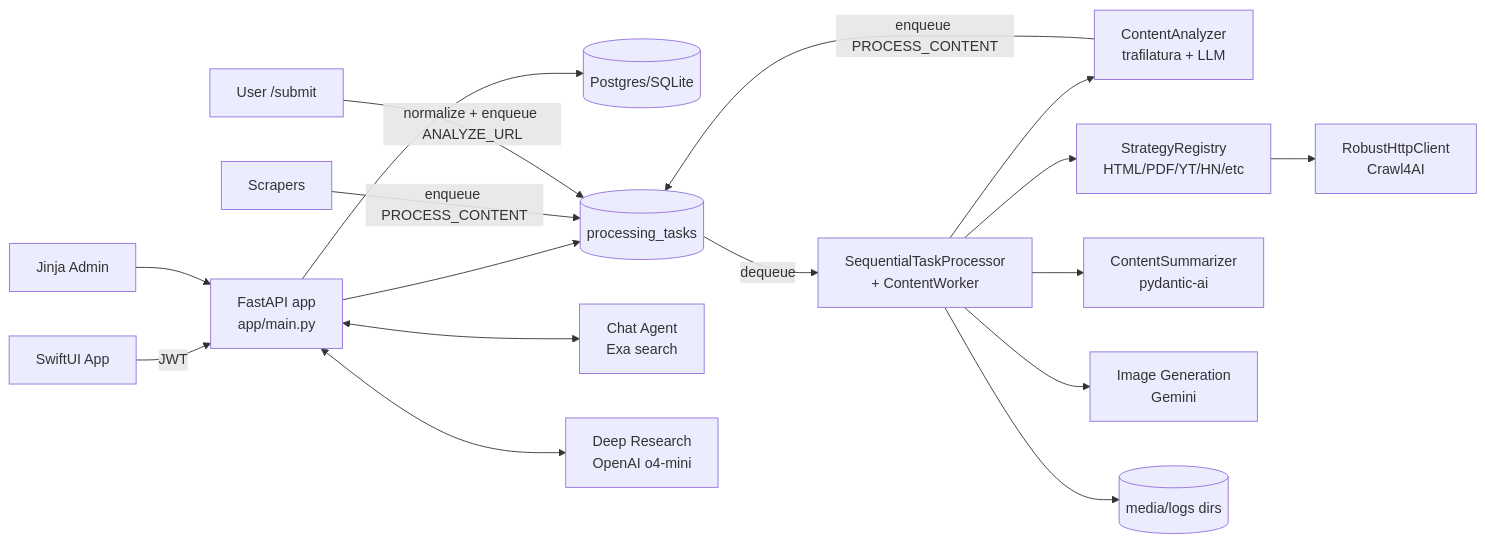
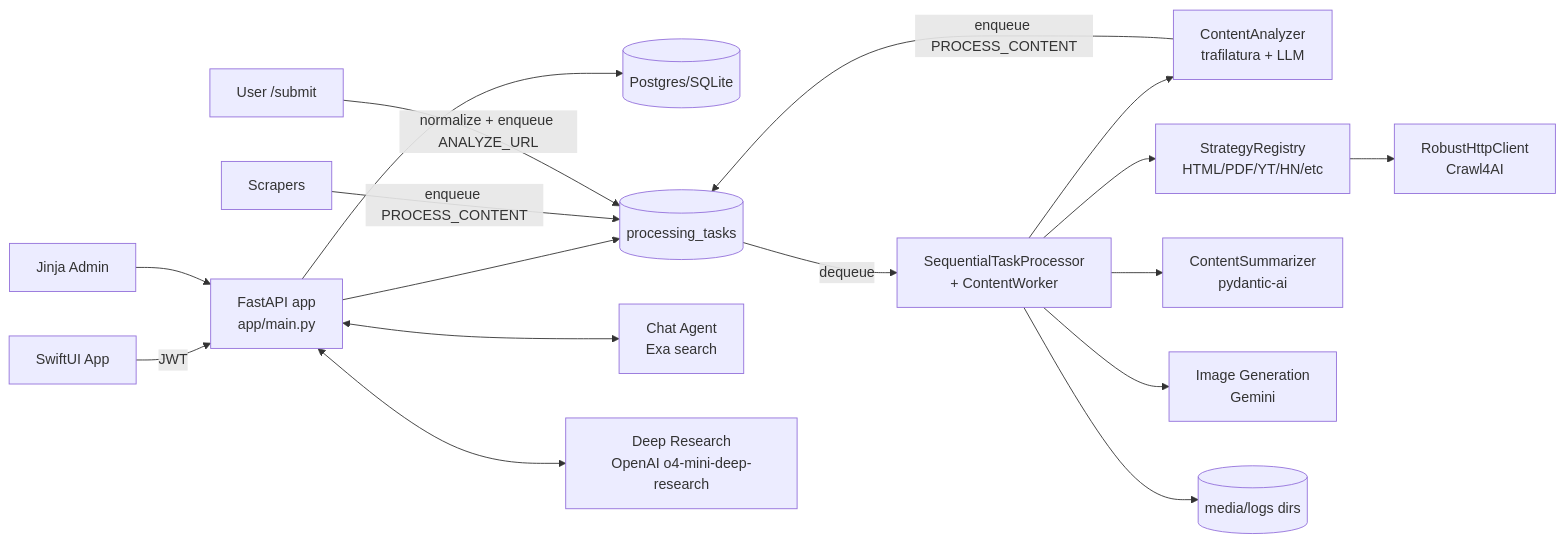
The diagram in docs/architecture.md (willemave/news_app), drawn with Mermaid before and after one commit. The commit also changed other lines of this file and 23 other files, not shown here.

````diff
--- a/docs/architecture.md
+++ b/docs/architecture.md
@@ -20,19 +20,19 @@
 ```mermaid
 flowchart LR
   iOS[SwiftUI App] -->|JWT| API[FastAPI app\napp/main.py]
   Admin[Jinja Admin] --> API
   API --> DB[(Postgres/SQLite)]
   API --> Queue[(processing_tasks)]
   Scrapers -->|enqueue PROCESS_CONTENT| Queue
   UserSubmit[User /submit] -->|normalize + enqueue ANALYZE_URL| Queue
   Queue -->|dequeue| Worker[SequentialTaskProcessor\n+ ContentWorker]
   Worker --> Analyzer[ContentAnalyzer\ntrafilatura + LLM]
   Analyzer -->|enqueue PROCESS_CONTENT| Queue
   Worker --> Strategies[StrategyRegistry\nHTML/PDF/YT/HN/etc]
   Strategies --> HTTP[RobustHttpClient\nCrawl4AI]
   Worker --> LLM[ContentSummarizer\npydantic-ai]
   Worker --> ImageGen[Image Generation\nGemini]
   Worker --> Media[(media/logs dirs)]
   API <--> Chat[Chat Agent\nExa search]
-  API <--> DeepResearch[Deep Research\nOpenAI o4-mini]
+  API <--> DeepResearch[Deep Research\nOpenAI o4-mini-deep-research]
 ```
````
